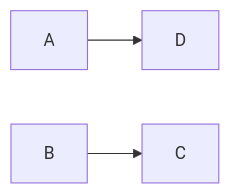
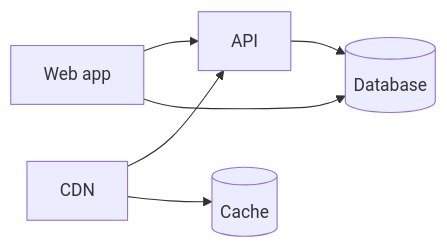
One commit to infinitedusky/bonkei changed the second of 2 diagrams in docs/guide/edge-styles.md. Above: the diagram before and after it, drawn with Mermaid. The commit also changed other lines of this file and 2 other files, not shown here.

Commit message:
docs: Edge styles sample has one crossing that stays put, with onEdgeStats counts under each diagram (BON-127)

````diff
--- a/docs/guide/edge-styles.md
+++ b/docs/guide/edge-styles.md
@@ -153,10 +153,12 @@
-```mermaid {height=300}
+```mermaid {height=380}
 ---
 config:
   bonkei:
     crossingControls: true
 ---
 flowchart LR
-  A --> D
-  B --> C
+  Web[Web app] --> Api[API] --> Db[(Database)]
+  Web --> Db
+  Cdn[CDN] --> Api
+  Cdn --> Cache[(Cache)]
 ```
````
